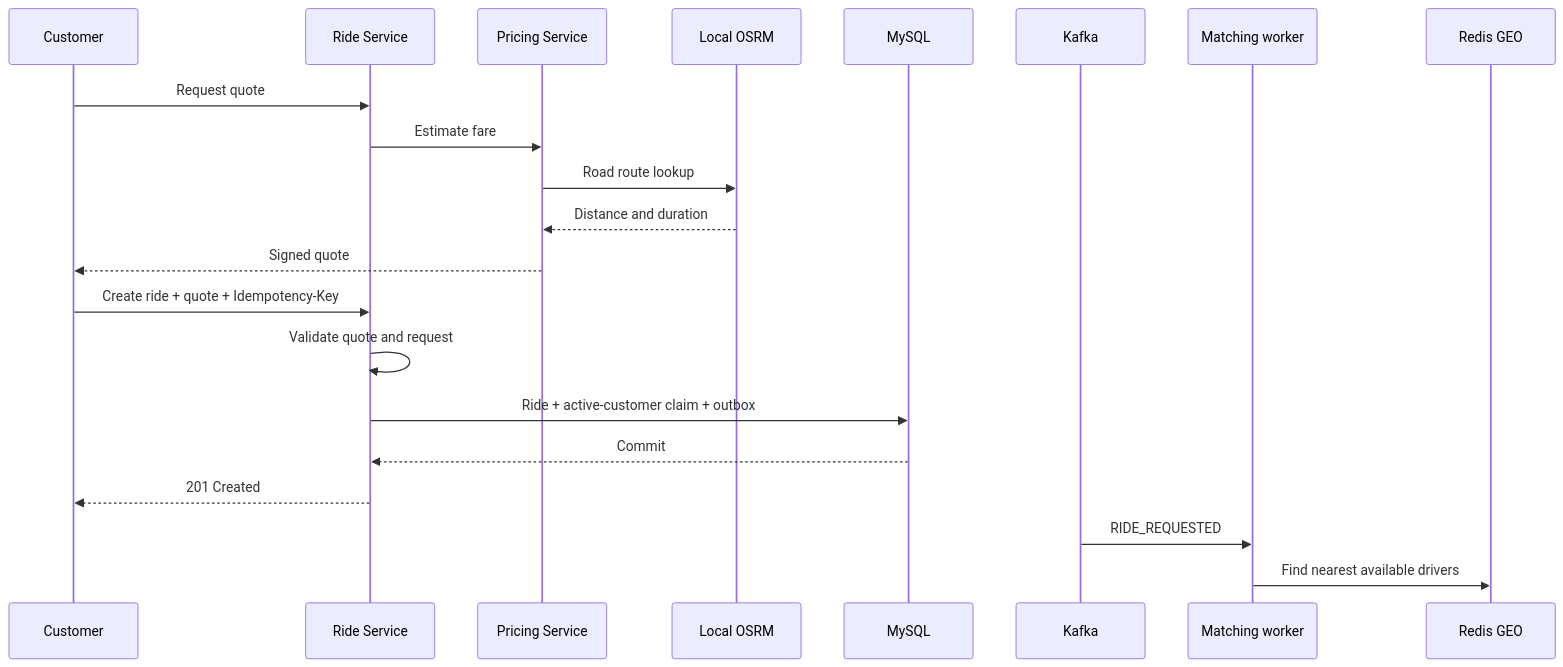
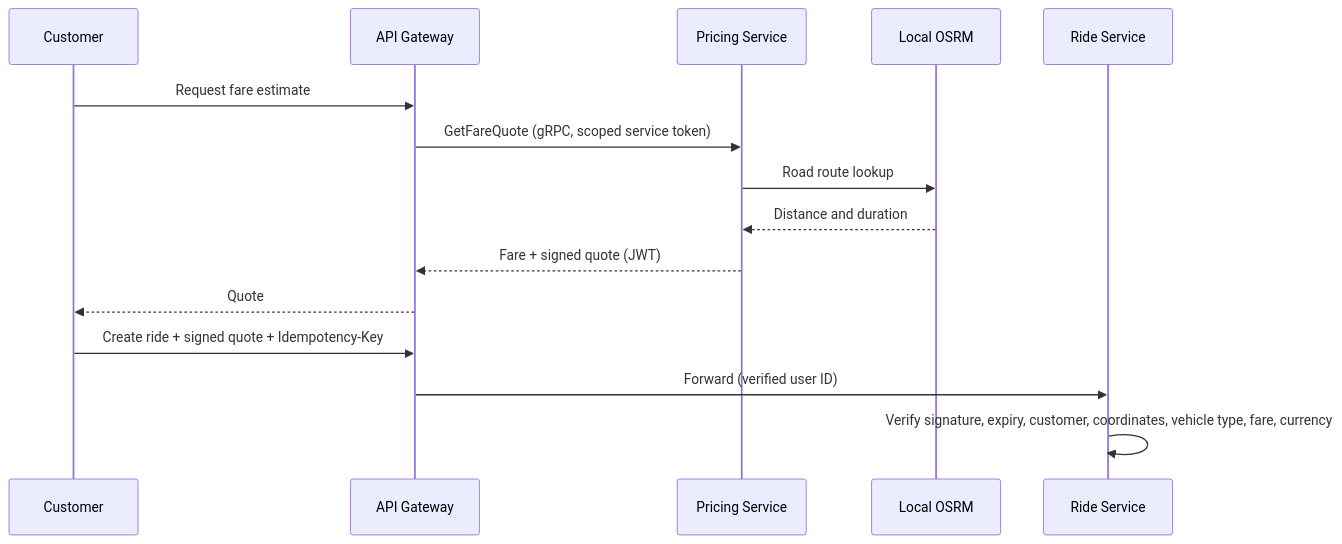
Before and after one commit to shashank35i/GoOn---Ride-Hailing-Microservices-Platform: the second of 4 diagrams in README.md, drawn with Mermaid. The commit also changed other lines of this file, not shown here.

````diff
--- a/README.md
+++ b/README.md
@@ -49,24 +71,18 @@
 ```mermaid
 sequenceDiagram
     participant C as Customer
-    participant R as Ride Service
+    participant G as API Gateway
     participant P as Pricing Service
     participant O as Local OSRM
-    participant DB as MySQL
-    participant K as Kafka
-    participant M as Matching worker
-    participant G as Redis GEO
+    participant R as Ride Service
 
-    C->>R: Request quote
-    R->>P: Estimate fare
+    C->>G: Request fare estimate
+    G->>P: GetFareQuote (gRPC, scoped service token)
     P->>O: Road route lookup
     O-->>P: Distance and duration
-    P-->>C: Signed quote
-    C->>R: Create ride + quote + Idempotency-Key
-    R->>R: Validate quote and request
-    R->>DB: Ride + active-customer claim + outbox
-    DB-->>R: Commit
-    R-->>C: 201 Created
-    K->>M: RIDE_REQUESTED
-    M->>G: Find nearest available drivers
+    P-->>G: Fare + signed quote (JWT)
+    G-->>C: Quote
+    C->>G: Create ride + signed quote + Idempotency-Key
+    G->>R: Forward (verified user ID)
+    R->>R: Verify signature, expiry, customer, coordinates, vehicle type, fare, currency
 ```
````
